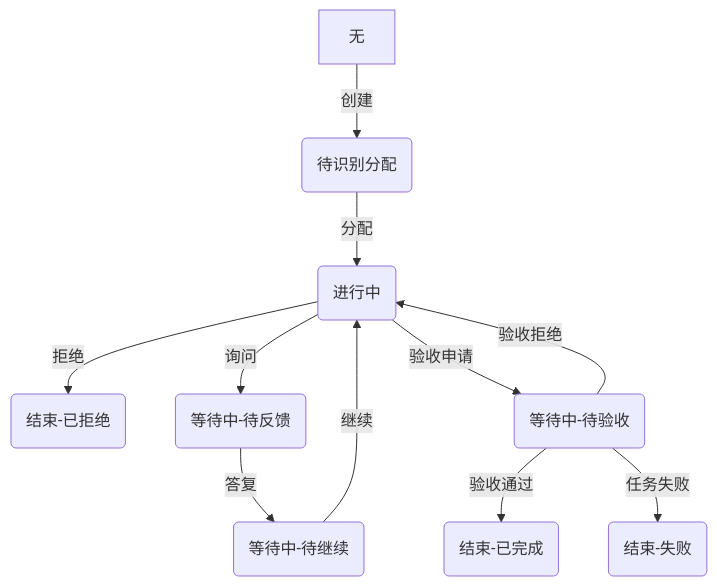
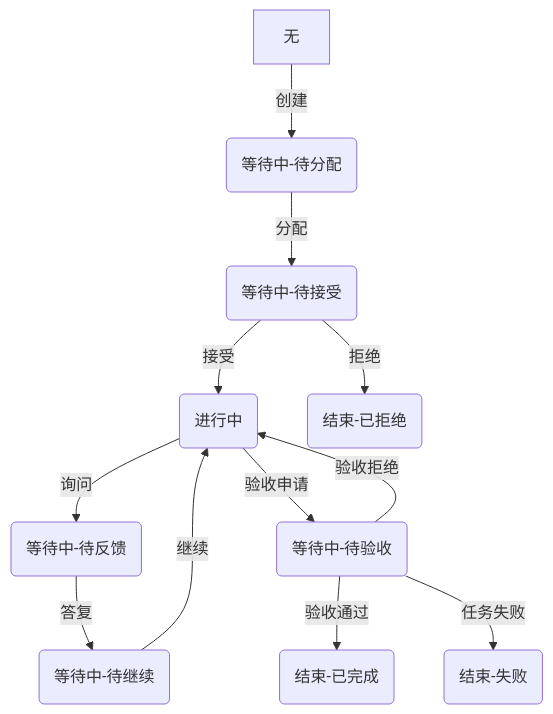
One commit to LitaGroup/project changed the second of 2 diagrams in docs/features/06 - HANDOFF.md. Above: the diagram before and after it, drawn with Mermaid. The commit also changed other lines of this file and 47 other files, not shown here.

````diff
--- a/docs/features/06 - HANDOFF.md
+++ b/docs/features/06 - HANDOFF.md
@@ -86,13 +80,14 @@
 ```mermaid
 flowchart TD
-    NONE[无] -->|创建| READY(待识别分配)
-    READY -->|分配| RUNNING(进行中)
-    RUNNING -->|拒绝| FINISH_REFUSED(结束-已拒绝)
+    NONE[无] -->|创建| READY(等待中-待分配)
+    READY -->|分配| WAITING_ACCEPT(等待中-待接受)
+    WAITING_ACCEPT -->|接受| RUNNING(进行中)
+    WAITING_ACCEPT -->|拒绝| FINISH_REFUSED(结束-已拒绝)
     RUNNING -->|询问| WAITING_REPLY(等待中-待反馈)
     RUNNING -->|验收申请| WAITING_HANDOFF(等待中-待验收)
     WAITING_HANDOFF -->|验收拒绝| RUNNING
     WAITING_HANDOFF -->|验收通过| FINISH_DONE(结束-已完成)
     WAITING_HANDOFF -->|任务失败| FINISH_FAIL(结束-失败)
     WAITING_REPLY -->|答复| WAITING_RESUME(等待中-待继续)
     WAITING_RESUME --> |继续|RUNNING
 ```
````
